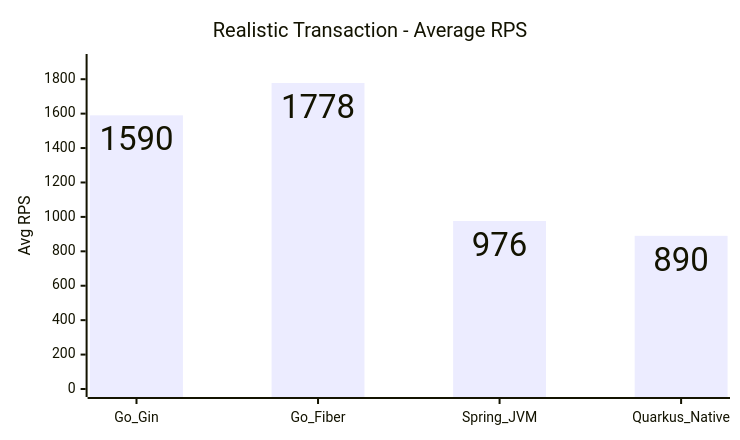
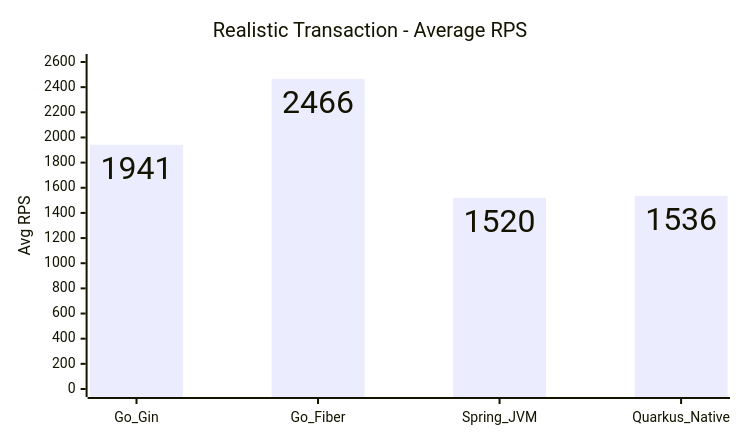
One commit to hiiamtin/go-vs-java changed the first of 15 diagrams in COMPARISON_REPORT.md. Above: the diagram before and after it, drawn with Mermaid. The commit also changed other lines of this file and 93 other files, not shown here.

````diff
--- a/COMPARISON_REPORT.md
+++ b/COMPARISON_REPORT.md
@@ -50,14 +50,14 @@
 ```mermaid
 ---
 config:
   xyChart:
     width: 720
     height: 420
     showDataLabel: true
 ---
 xychart
     title "Realistic Transaction - Average RPS"
     x-axis [Go_Gin, Go_Fiber, Spring_JVM, Quarkus_Native]
-    y-axis "Avg RPS" 0 --> 1900
-    bar [1590, 1778, 976, 890]
+    y-axis "Avg RPS" 0 --> 2600
+    bar [1941, 2466, 1520, 1536]
 ```
````
